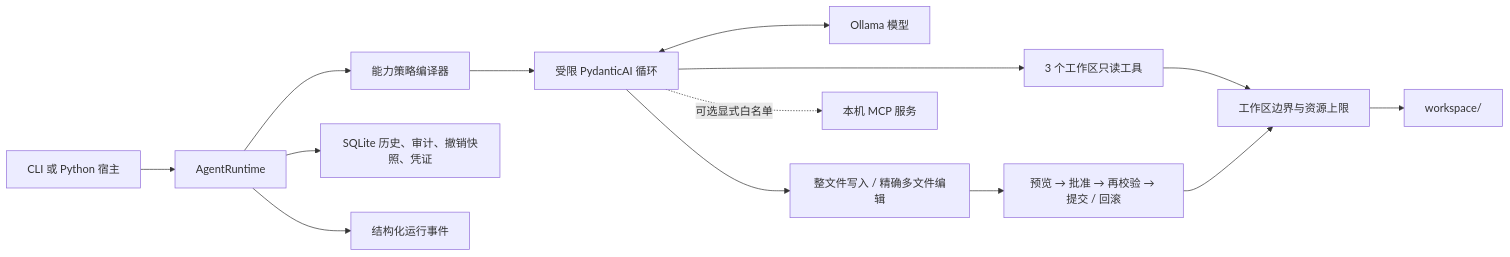
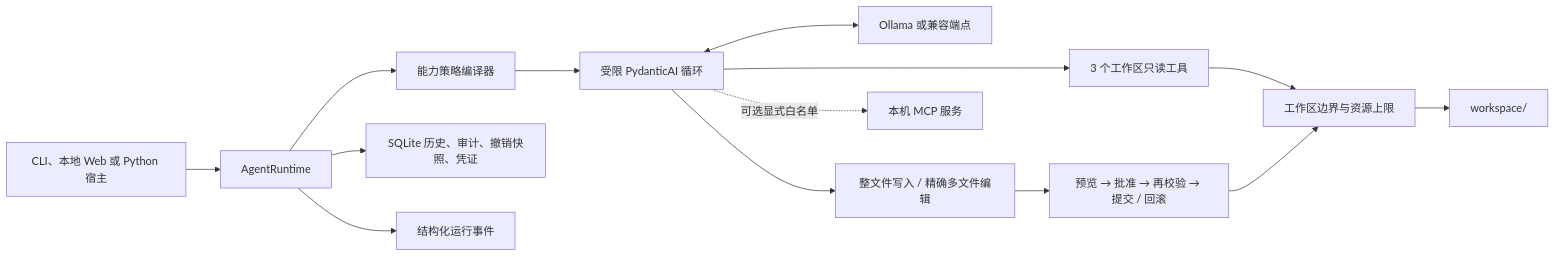
The diagram in README.zh-CN.md (MuzeAnisichael/minimal-local-agent), drawn with Mermaid before and after one commit. The commit also changed other lines of this file and 23 other files, not shown here.

Commit message:
Release v0.6 local web console and compatible model adapter

````diff
--- a/README.zh-CN.md
+++ b/README.zh-CN.md
@@ -107,16 +127,16 @@
 ```mermaid
 flowchart LR
-    User["CLI 或 Python 宿主"] --> Runtime["AgentRuntime"]
+    User["CLI、本地 Web 或 Python 宿主"] --> Runtime["AgentRuntime"]
     Runtime --> Policy["能力策略编译器"]
     Policy --> Loop["受限 PydanticAI 循环"]
-    Loop <--> Model["Ollama 模型"]
+    Loop <--> Model["Ollama 或兼容端点"]
     Loop --> Read["3 个工作区只读工具"]
     Loop --> Mutate["整文件写入 / 精确多文件编辑"]
     Mutate --> Tx["预览 → 批准 → 再校验 → 提交 / 回滚"]
     Read --> Guard["工作区边界与资源上限"]
     Tx --> Guard
     Guard --> Files["workspace/"]
     Loop -. "可选显式白名单" .-> MCP["本机 MCP 服务"]
     Runtime --> Store["SQLite 历史、审计、撤销快照、凭证"]
     Runtime --> Events["结构化运行事件"]
 ```
````
